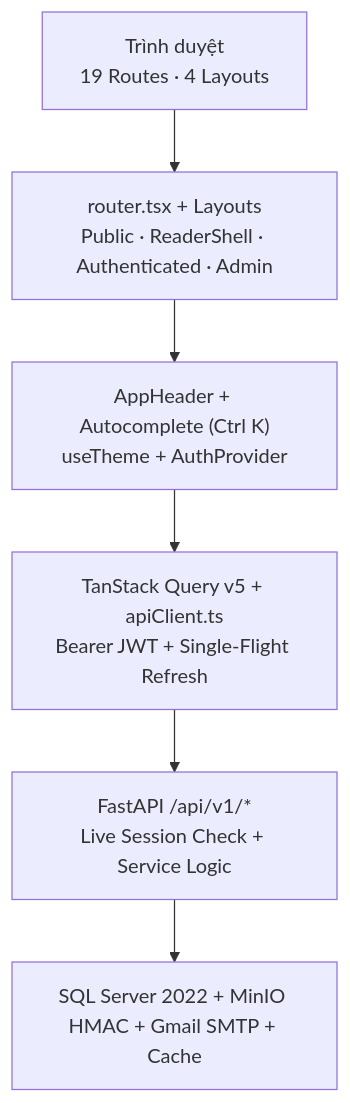
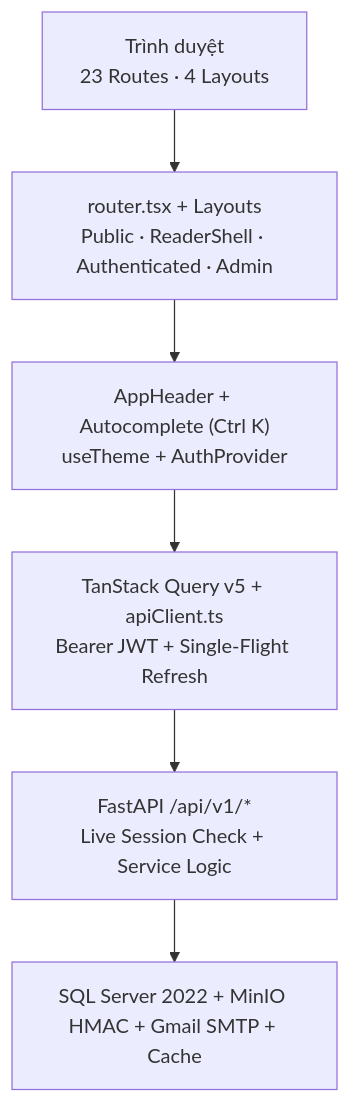
One commit to huyxuantruong1411/MyMangaReader-webapp-coursework changed the diagram in docs/reference/WEB_UI_CODE_DICTIONARY.md. Above: the diagram before and after it, drawn with Mermaid. The commit also changed other lines of this file and 12 other files, not shown here.

````diff
--- a/docs/reference/WEB_UI_CODE_DICTIONARY.md
+++ b/docs/reference/WEB_UI_CODE_DICTIONARY.md
@@ -16,11 +16,11 @@
 ```mermaid
 flowchart TB
-  Browser["Trình duyệt<br/>19 Routes · 4 Layouts"]
+  Browser["Trình duyệt<br/>23 Routes · 4 Layouts"]
   Router["router.tsx + Layouts<br/>Public · ReaderShell · Authenticated · Admin"]
   Header["AppHeader + Autocomplete (Ctrl K)<br/>useTheme + AuthProvider"]
   Query["TanStack Query v5 + apiClient.ts<br/>Bearer JWT + Single-Flight Refresh"]
   FastAPI["FastAPI /api/v1/*<br/>Live Session Check + Service Logic"]
   Infra["SQL Server 2022 + MinIO HMAC + Gmail SMTP + Cache"]
 
   Browser --> Router --> Header --> Query --> FastAPI --> Infra
 ```
````
